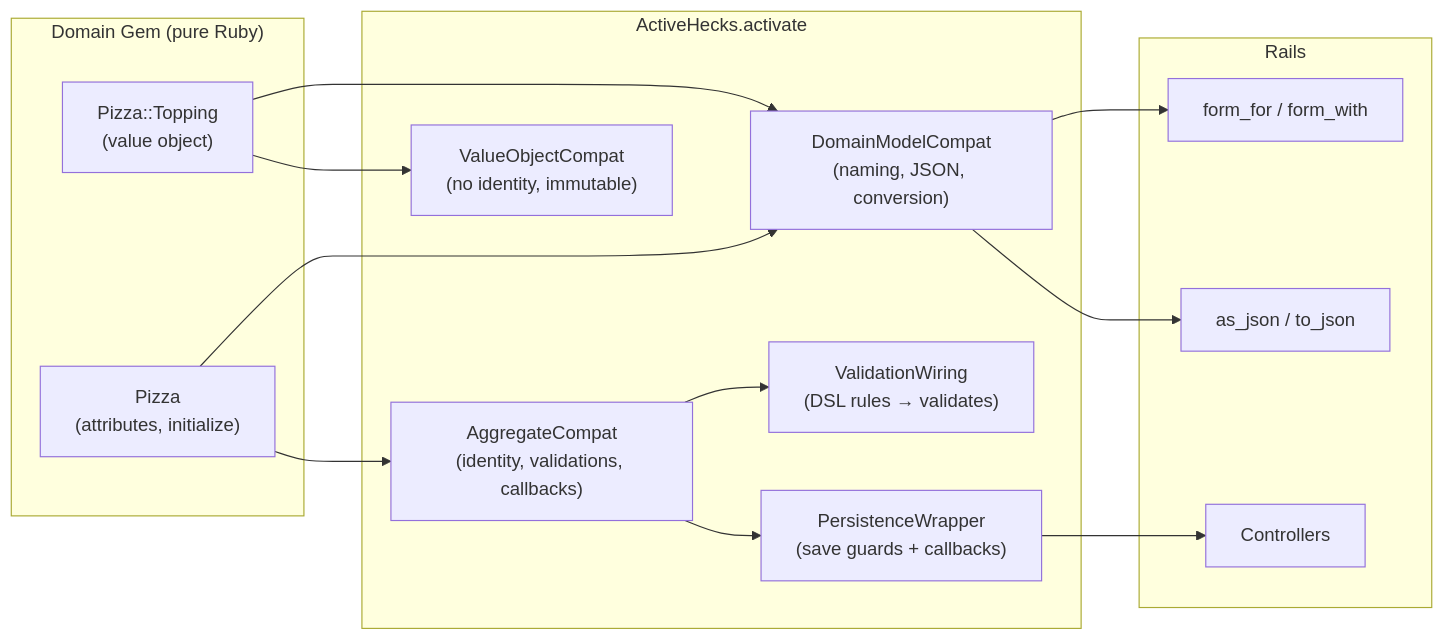
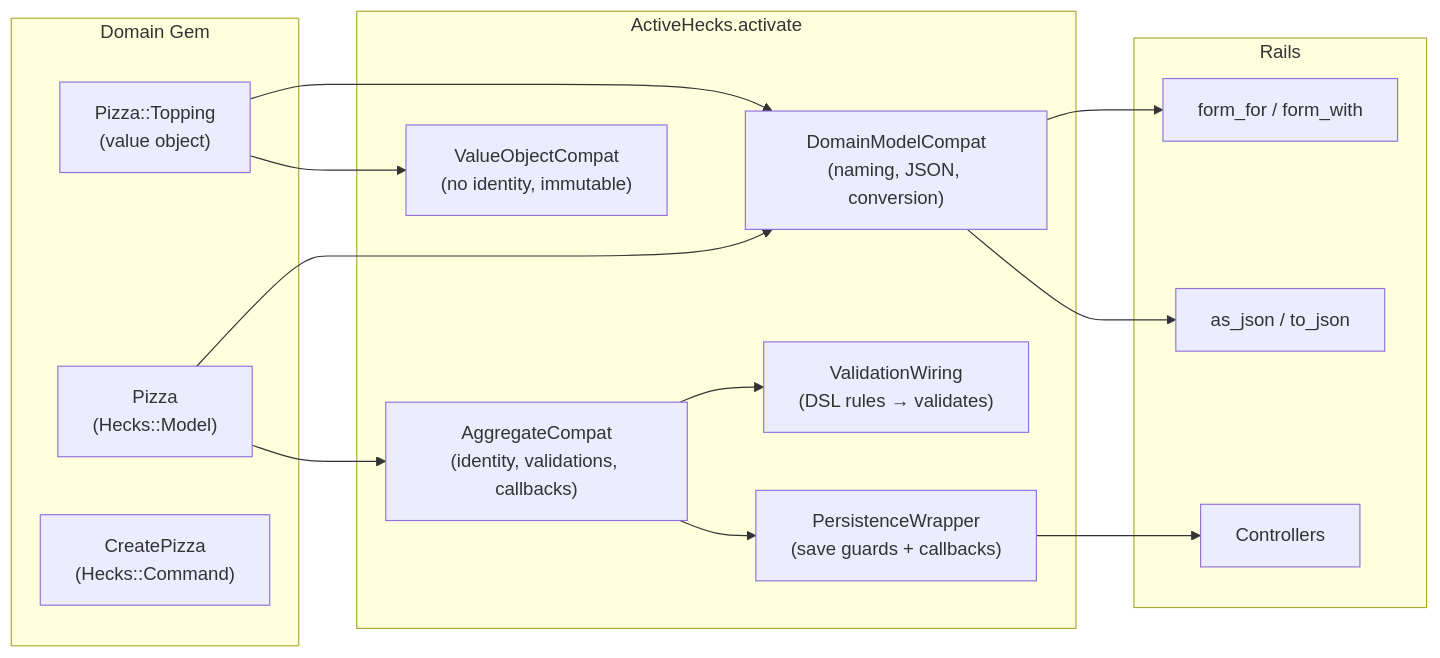
The first of 2 diagrams in docs/active_hecks.md (chrisyoung/hecks), drawn with Mermaid before and after one commit. The commit also changed other lines of this file and 1 other file, not shown here.

First line of the commit message:
Update ActiveHecks and README docs for current architecture

````diff
--- a/docs/active_hecks.md
+++ b/docs/active_hecks.md
@@ -7,27 +7,28 @@
 ```mermaid
 flowchart LR
-    subgraph Domain["Domain Gem (pure Ruby)"]
-        Pizza["Pizza\n(attributes, initialize)"]
+    subgraph Domain["Domain Gem"]
+        Pizza["Pizza\n(Hecks::Model)"]
         Topping["Pizza::Topping\n(value object)"]
+        Cmd["CreatePizza\n(Hecks::Command)"]
     end
 
     subgraph ActiveHecks["ActiveHecks.activate"]
         DM["DomainModelCompat\n(naming, JSON, conversion)"]
         AC["AggregateCompat\n(identity, validations, callbacks)"]
         VO["ValueObjectCompat\n(no identity, immutable)"]
         VW["ValidationWiring\n(DSL rules → validates)"]
         PW["PersistenceWrapper\n(save guards + callbacks)"]
     end
 
     subgraph Rails["Rails"]
         Forms["form_for / form_with"]
         JSON["as_json / to_json"]
         Ctrl["Controllers"]
     end
 
     Pizza --> DM & AC
     AC --> VW & PW
     Topping --> DM & VO
     DM --> Forms & JSON
     PW --> Ctrl
 ```
````
